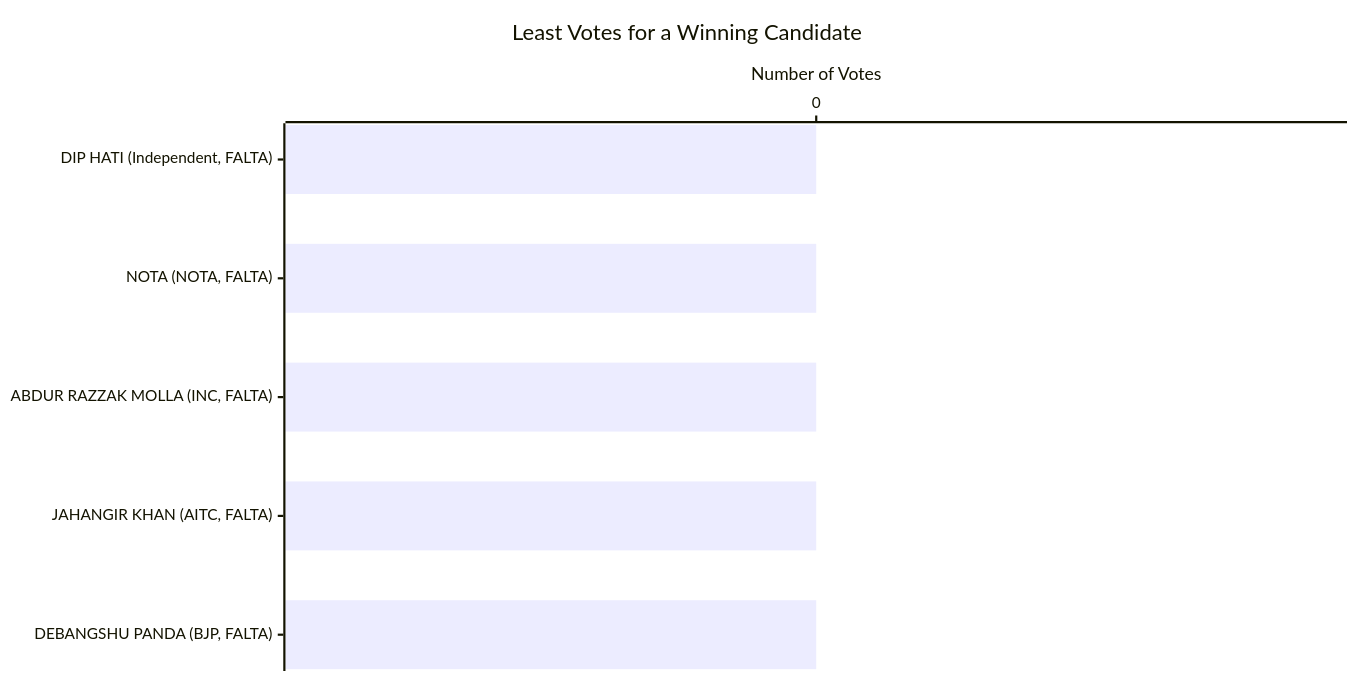
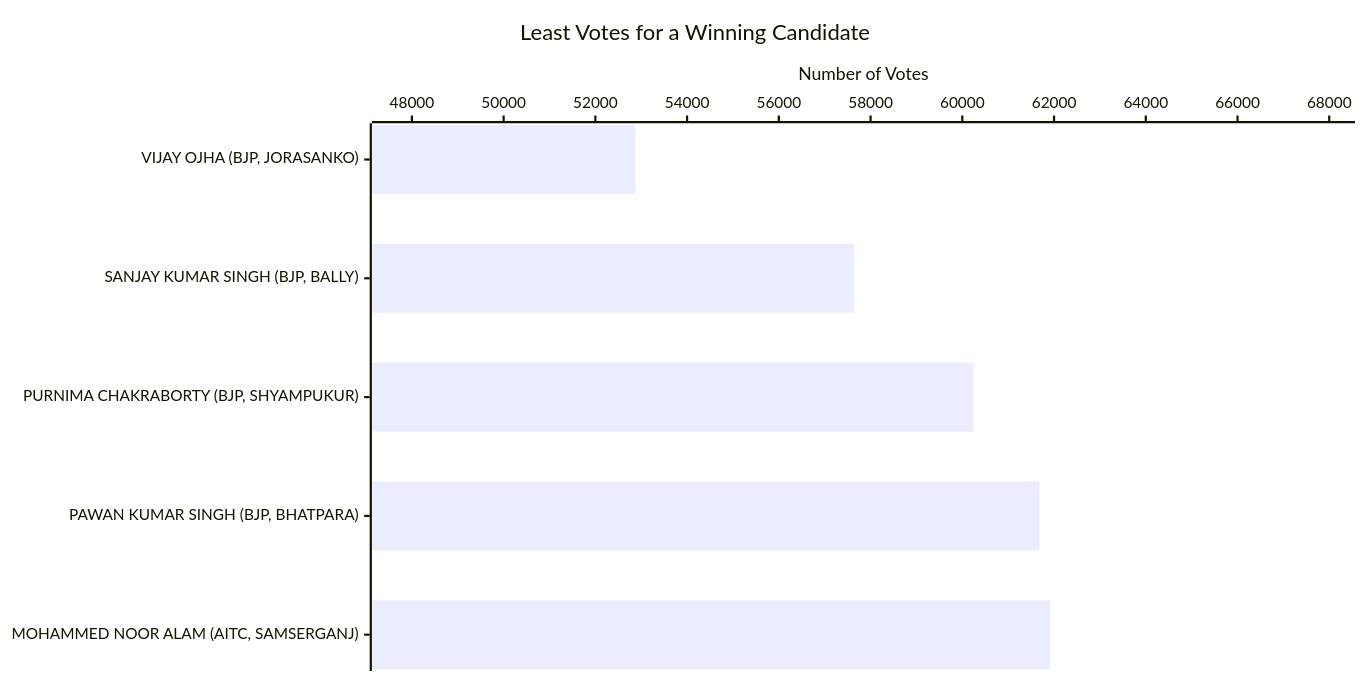
Before and after one commit to arjunswaj/elections: the third of 23 diagrams in result/WEST BENGAL/West Bengal-GRAPH.md, drawn with Mermaid. The commit also changed other lines of this file and 64 other files, not shown here.

````diff
--- a/result/WEST BENGAL/West Bengal-GRAPH.md
+++ b/result/WEST BENGAL/West Bengal-GRAPH.md
@@ -97,17 +98,17 @@
 ```mermaid
 ---
 config:
   xyChart:
     width: 1200
     height: 600
     chartOrientation: horizontal
   dataLabels:
     enabled: true
     placement: end
 ---
 xychart-beta
 title "Least Votes for a Winning Candidate"
-x-axis ["DIP HATI (Independent, FALTA)", "NOTA (NOTA, FALTA)", "ABDUR RAZZAK MOLLA (INC, FALTA)", "JAHANGIR KHAN (AITC, FALTA)", "DEBANGSHU PANDA (BJP, FALTA)"]
-y-axis "Number of Votes" 0 --> 0
-bar [0, 0, 0, 0, 0]
+x-axis ["VIJAY OJHA (BJP, JORASANKO)", "SANJAY KUMAR SINGH (BJP, BALLY)", "PURNIMA CHAKRABORTY (BJP, SHYAMPUKUR)", "PAWAN KUMAR SINGH (BJP, BHATPARA)", "MOHAMMED NOOR ALAM (AITC, SAMSERGANJ)"]
+y-axis "Number of Votes" 47581 --> 68109
+bar [52868, 57639, 60248, 61683, 61918]
 ```
````
